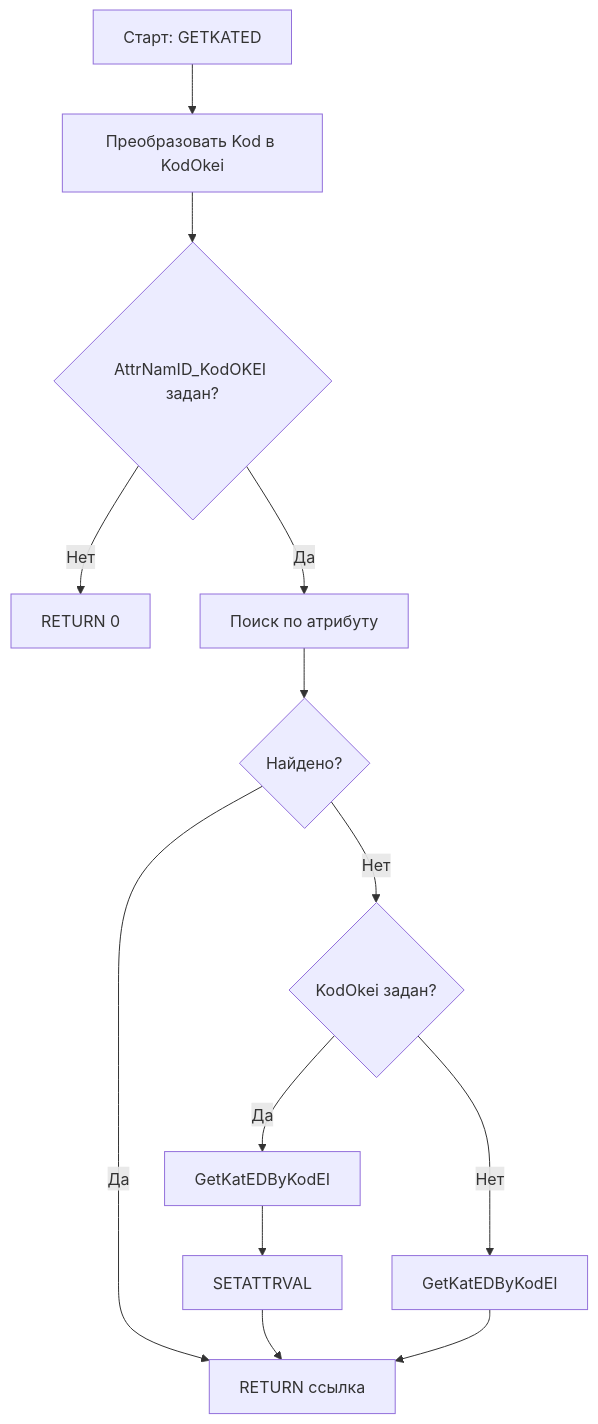
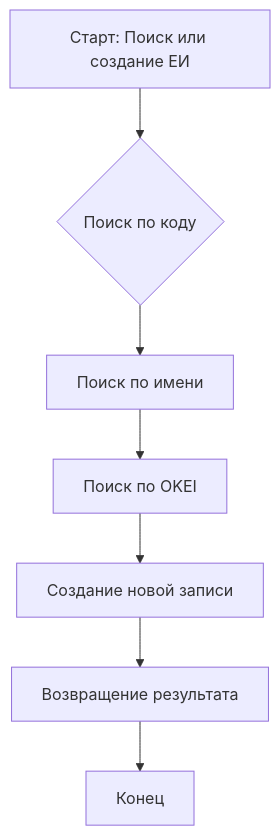
Diagram 12 of 20 in README.md (fivec/topsoft.JAM), drawn with Mermaid before and after one commit. The commit also changed other lines of this file, not shown here.

````diff
--- a/README.md
+++ b/README.md
@@ -335,15 +379,9 @@
 ```mermaid
 flowchart TD
-A[Старт: GETKATED] --> B[Преобразовать Kod в KodOkei]
-B --> C{AttrNamID_KodOKEI задан?}
-C -- Нет --> D[RETURN 0]
-C -- Да --> E[Поиск по атрибуту]
-E --> F{Найдено?}
-F -- Да --> G[RETURN ссылка]
-F -- Нет --> H{KodOkei задан?}
-H -- Да --> I[GetKatEDByKodEI]
-I --> J[SETATTRVAL]
-J --> G
-H -- Нет --> K[GetKatEDByKodEI]
-K --> G
+    A[Старт: Поиск или создание ЕИ] --> B{Поиск по коду}
+    B --> C[Поиск по имени]
+    C --> D[Поиск по OKEI]
+    D --> E[Создание новой записи]
+    E --> F[Возвращение результата]
+    F --> G[Конец]
 ```
````
